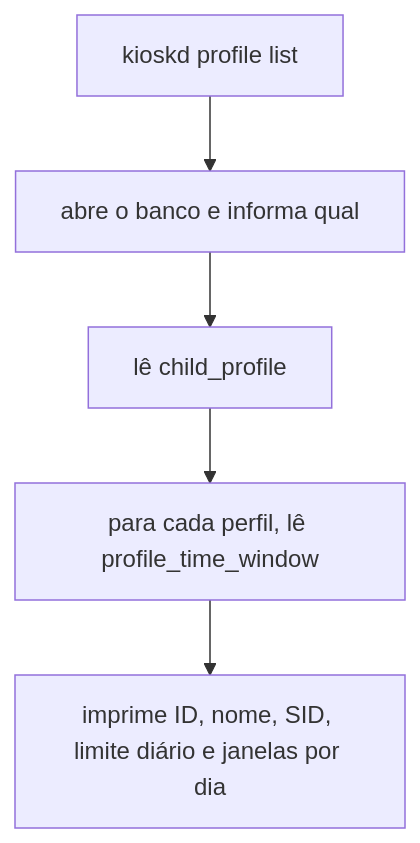
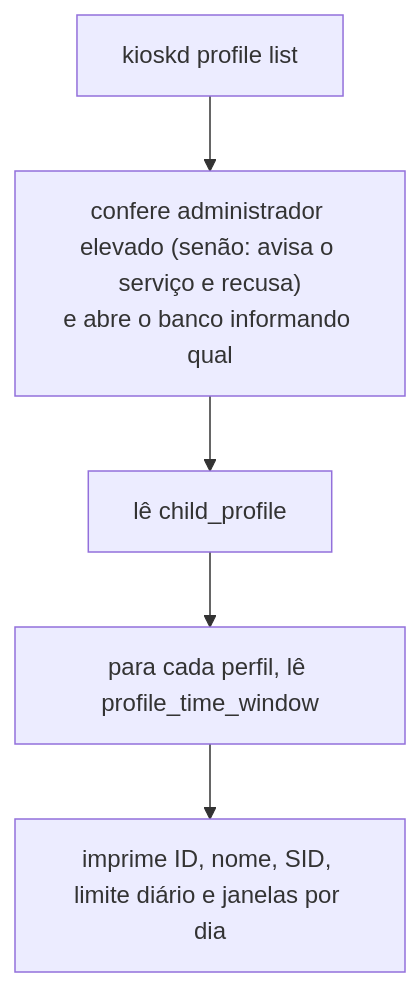
One commit to jefersonlop3s/kiosk-engine changed the eighth of 28 diagrams in docs/architecture/fluxos-dos-comandos.md. Above: the diagram before and after it, drawn with Mermaid. The commit also changed other lines of this file and 22 other files, not shown here.

````diff
--- a/docs/architecture/fluxos-dos-comandos.md
+++ b/docs/architecture/fluxos-dos-comandos.md
@@ -147,7 +149,7 @@
 ```mermaid
 flowchart TD
-    A["kioskd profile list"] --> B["abre o banco e informa qual"]
+    A["kioskd profile list"] --> B["confere administrador elevado (senão: avisa o serviço e recusa)<br/>e abre o banco informando qual"]
     B --> C["lê child_profile"]
     C --> D["para cada perfil, lê profile_time_window"]
     D --> E["imprime ID, nome, SID, limite diário e janelas por dia"]
 ```
````
